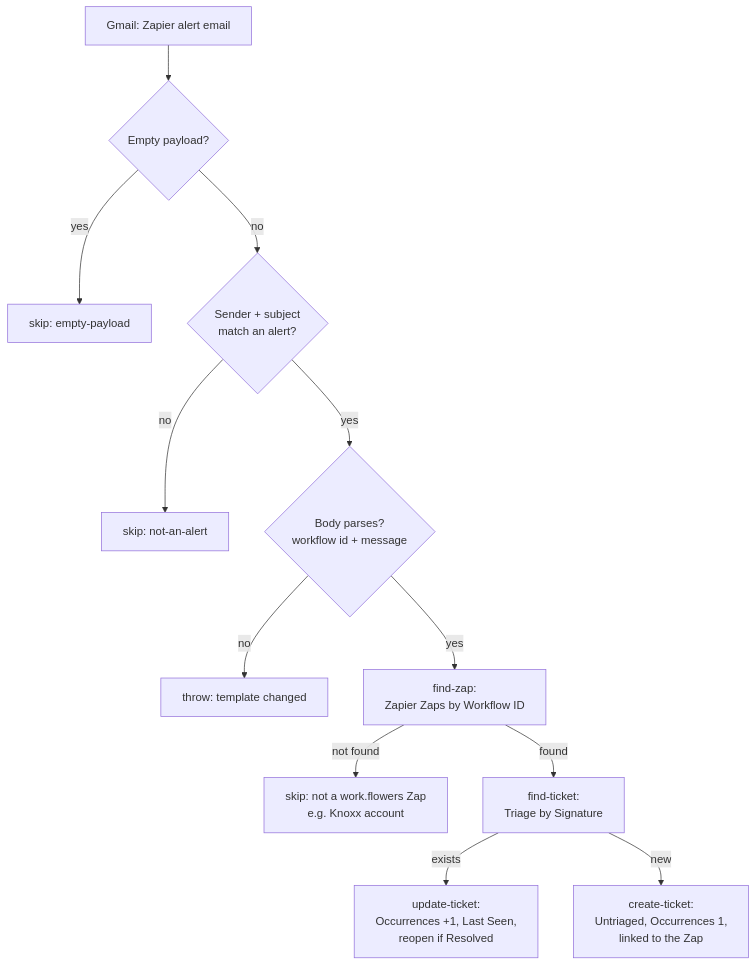
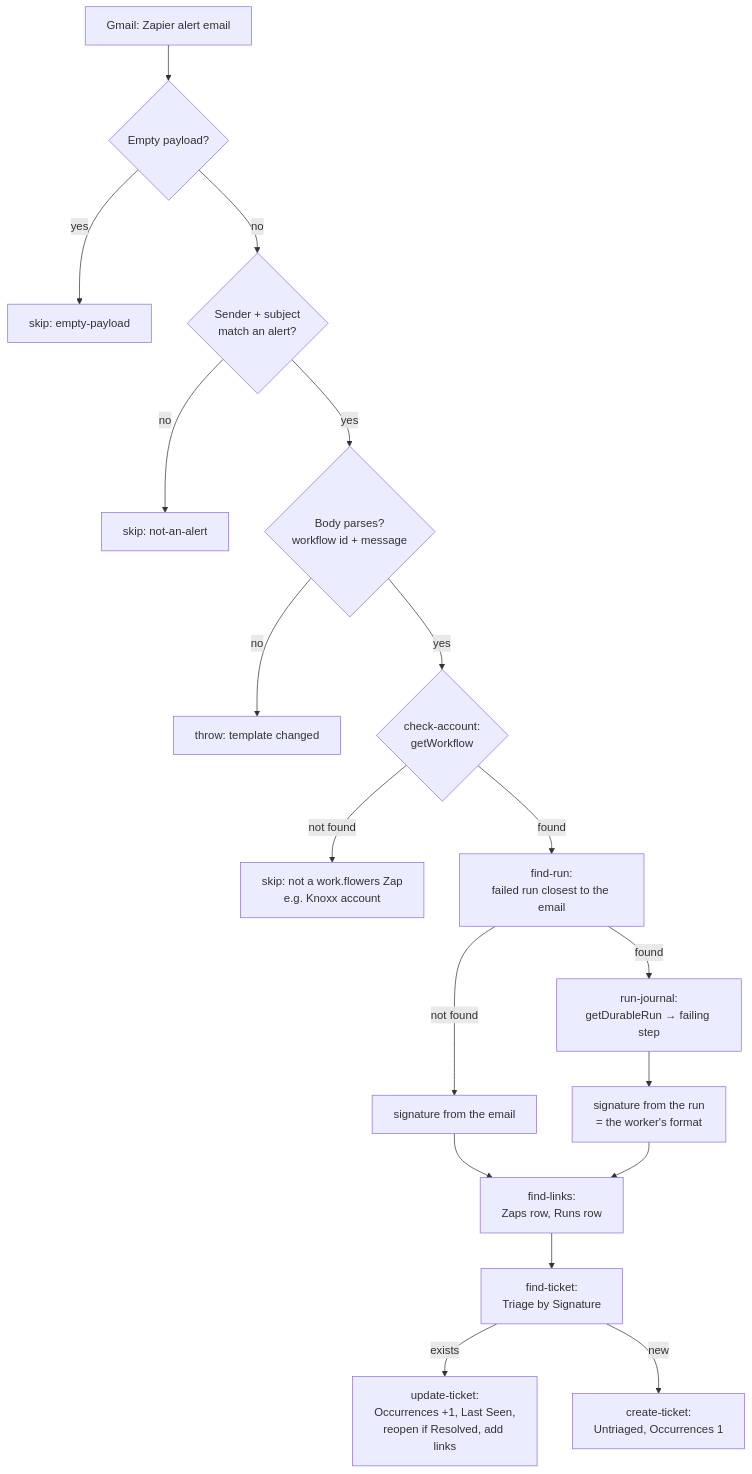
Before and after one commit to work-flowers/zapier-sdk: the diagram in zapier-error-email-to-triage/README.md, drawn with Mermaid. The commit also changed other lines of this file and 5 other files, not shown here.

First line of the commit message:
zapier-error-email-to-triage: look up the failed run and its failing step

````diff
--- a/zapier-error-email-to-triage/README.md
+++ b/zapier-error-email-to-triage/README.md
@@ -26,14 +26,20 @@
 ```mermaid
 flowchart TD
   A[Gmail: Zapier alert email] --> B{Empty payload?}
   B -- yes --> Z1[skip: empty-payload]
   B -- no --> C{Sender + subject<br/>match an alert?}
   C -- no --> Z2[skip: not-an-alert]
   C -- yes --> D{Body parses?<br/>workflow id + message}
   D -- no --> X[throw: template changed]
-  D -- yes --> E[find-zap:<br/>Zapier Zaps by Workflow ID]
+  D -- yes --> E{check-account:<br/>getWorkflow}
   E -- not found --> Z3[skip: not a work.flowers Zap<br/>e.g. Knoxx account]
-  E -- found --> F[find-ticket:<br/>Triage by Signature]
-  F -- exists --> G[update-ticket:<br/>Occurrences +1, Last Seen,<br/>reopen if Resolved]
-  F -- new --> H[create-ticket:<br/>Untriaged, Occurrences 1,<br/>linked to the Zap]
+  E -- found --> R[find-run:<br/>failed run closest to the email]
+  R -- found --> J[run-journal:<br/>getDurableRun → failing step]
+  R -- not found --> S[signature from the email]
+  J --> S2[signature from the run<br/>= the worker's format]
+  S --> L[find-links:<br/>Zaps row, Runs row]
+  S2 --> L
+  L --> F[find-ticket:<br/>Triage by Signature]
+  F -- exists --> G[update-ticket:<br/>Occurrences +1, Last Seen,<br/>reopen if Resolved, add links]
+  F -- new --> H[create-ticket:<br/>Untriaged, Occurrences 1]
 ```
````
